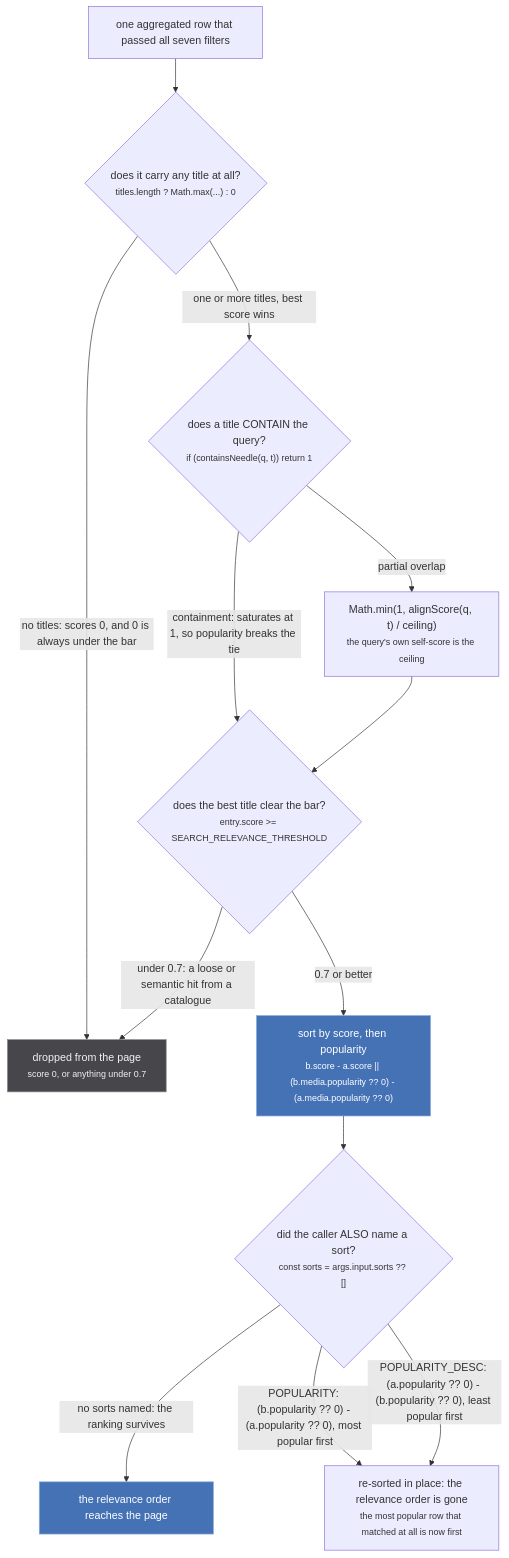
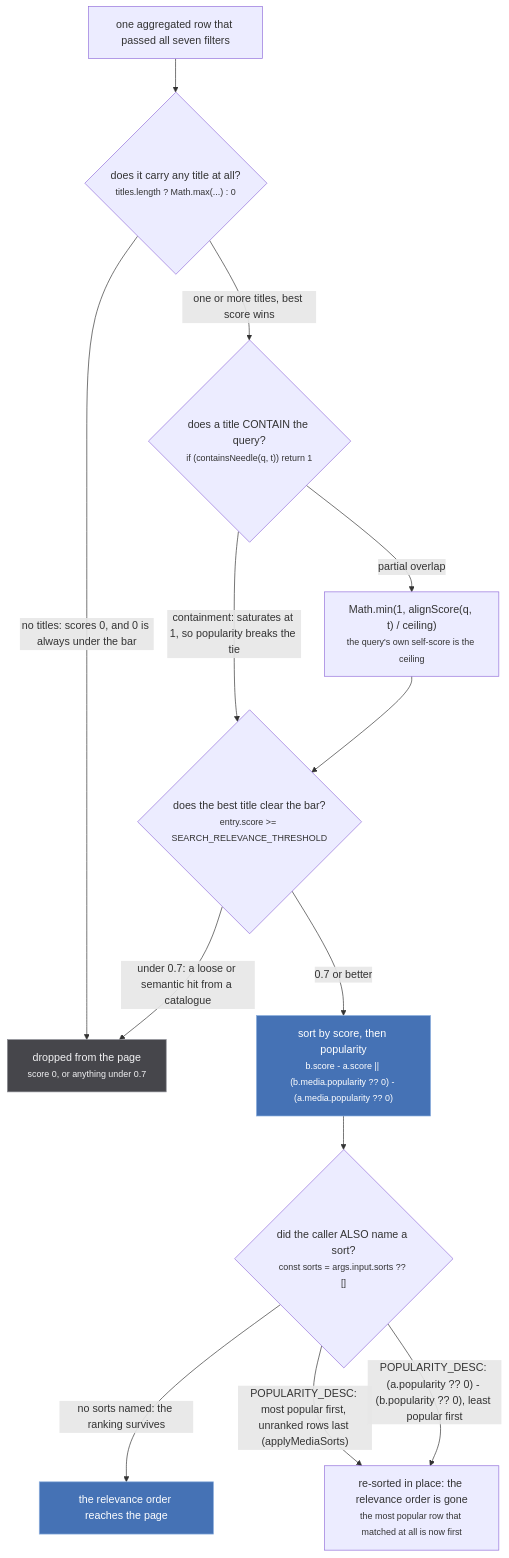
One commit to Banou26/stub changed the fourth of 4 diagrams in docs/src/content/docs/read/filters-and-search.md. Above: the diagram before and after it, drawn with Mermaid. The commit also changed 8 other files, not shown here.

Commit message:
fix: 🐛POPULARITY_DESC means most popular first, as its name says

````diff
--- a/docs/src/content/docs/read/filters-and-search.md
+++ b/docs/src/content/docs/read/filters-and-search.md
@@ -290,33 +290,33 @@
 ```mermaid
 flowchart TD
   IN2["one aggregated row that passed all seven filters"]
   T{"does it carry any title at all?<br/><small>titles.length ? Math.max(...) : 0</small>"}
   CONT{"does a title CONTAIN the query?<br/><small>if (containsNeedle(q, t)) return 1</small>"}
   PART["Math.min(1, alignScore(q, t) / ceiling)<br/><small>the query's own self-score is the ceiling</small>"]
   GATE{"does the best title clear the bar?<br/><small>entry.score &gt;= SEARCH_RELEVANCE_THRESHOLD</small>"}
   SORT1["sort by score, then popularity<br/><small>b.score - a.score || (b.media.popularity ?? 0) - (a.media.popularity ?? 0)</small>"]
   S2{"did the caller ALSO name a sort?<br/><small>const sorts = args.input.sorts ?? []</small>"}
   KEEPO["the relevance order reaches the page"]
   DISC["re-sorted in place: the relevance order is gone<br/><small>the most popular row that matched at all is now first</small>"]
   ZERO["dropped from the page<br/><small>score 0, or anything under 0.7</small>"]
 
   IN2 --> T
   T -->|"no titles: scores 0, and 0 is always under the bar"| ZERO
   T -->|"one or more titles, best score wins"| CONT
   CONT -->|"containment: saturates at 1, so popularity breaks the tie"| GATE
   CONT -->|"partial overlap"| PART
   PART --> GATE
   GATE -->|"under 0.7: a loose or semantic hit from a catalogue"| ZERO
   GATE -->|"0.7 or better"| SORT1
   SORT1 --> S2
   S2 -->|"no sorts named: the ranking survives"| KEEPO
-  S2 -->|"POPULARITY: (b.popularity ?? 0) - (a.popularity ?? 0), most popular first"| DISC
+  S2 -->|"POPULARITY_DESC: most popular first, unranked rows last (applyMediaSorts)"| DISC
   S2 -->|"POPULARITY_DESC: (a.popularity ?? 0) - (b.popularity ?? 0), least popular first"| DISC
 
   classDef irrev fill:#b03f33,stroke:#e0796f,color:#ffffff
   classDef ratchet fill:#8f5a0e,stroke:#f2b45c,color:#ffffff
   classDef view fill:#4572b5,stroke:#8db0de,color:#ffffff
   classDef refuse fill:#46464b,stroke:#8b8c93,color:#f2f2f4
   class KEEPO,SORT1 view
   class ZERO refuse
 ```
````
